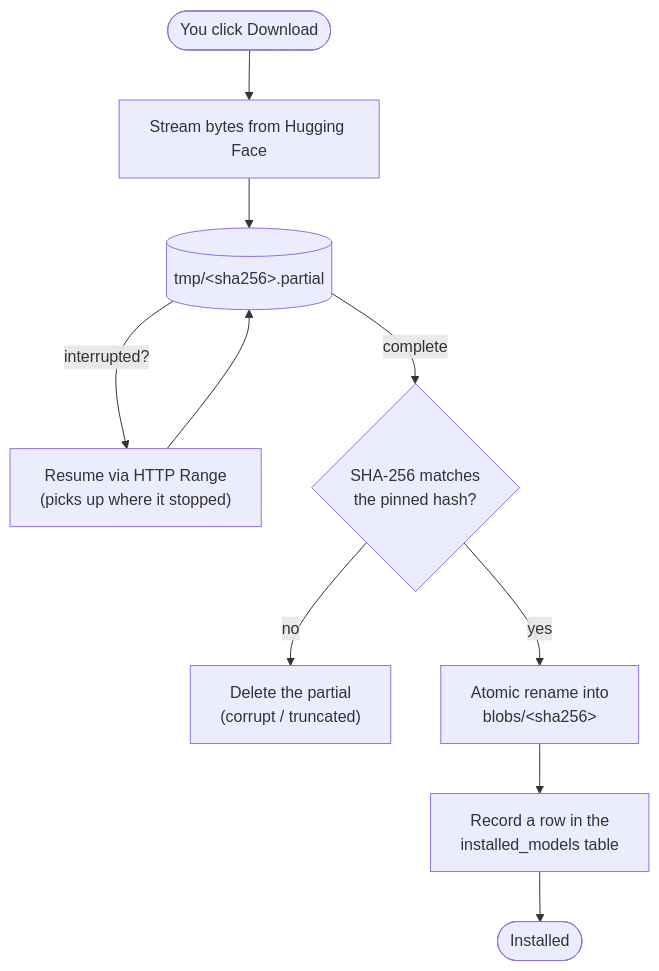
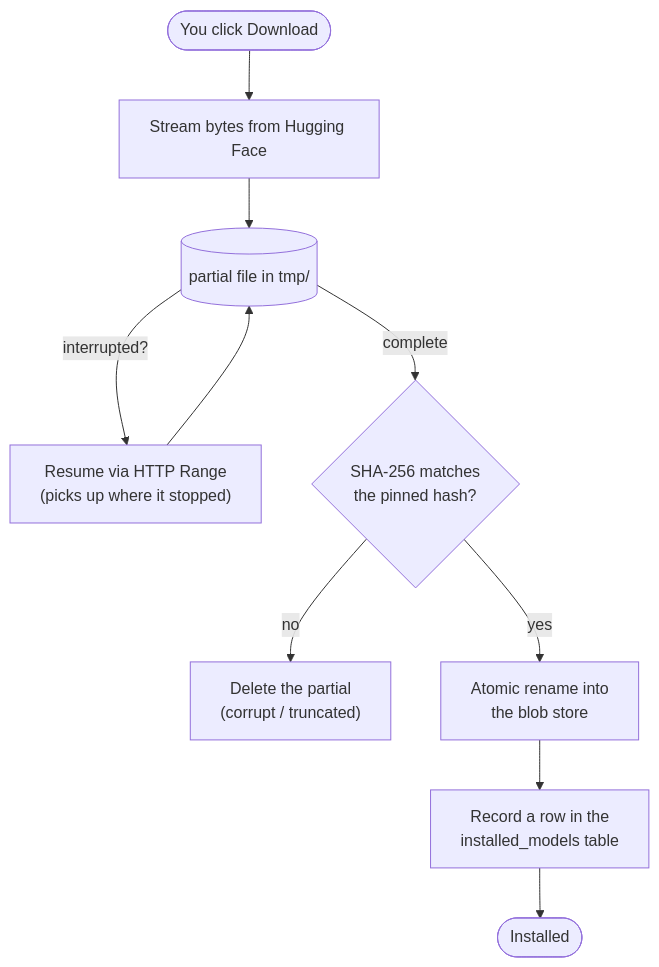
Before and after one commit to quiet-node/thuki: the second of 4 diagrams in docs/models-and-providers.md, drawn with Mermaid. The commit also changed other lines of this file, not shown here.

Commit message:
docs: harden the models diagram labels for broad mermaid compatibility

````diff
--- a/docs/models-and-providers.md
+++ b/docs/models-and-providers.md
@@ -109,12 +109,12 @@
 ```mermaid
 flowchart TD
   dl([You click Download]) --> stream["Stream bytes from Hugging Face"]
-  stream --> partial[("tmp/&lt;sha256&gt;.partial")]
+  stream --> partial[("partial file in tmp/")]
   partial -->|"interrupted?"| resume["Resume via HTTP Range<br/>(picks up where it stopped)"]
   resume --> partial
   partial -->|"complete"| verify{"SHA-256 matches<br/>the pinned hash?"}
   verify -->|no| discard["Delete the partial<br/>(corrupt / truncated)"]
-  verify -->|yes| rename["Atomic rename into<br/>blobs/&lt;sha256&gt;"]
+  verify -->|yes| rename["Atomic rename into<br/>the blob store"]
   rename --> manifest["Record a row in the<br/>installed_models table"]
   manifest --> done([Installed])
 ```
````
